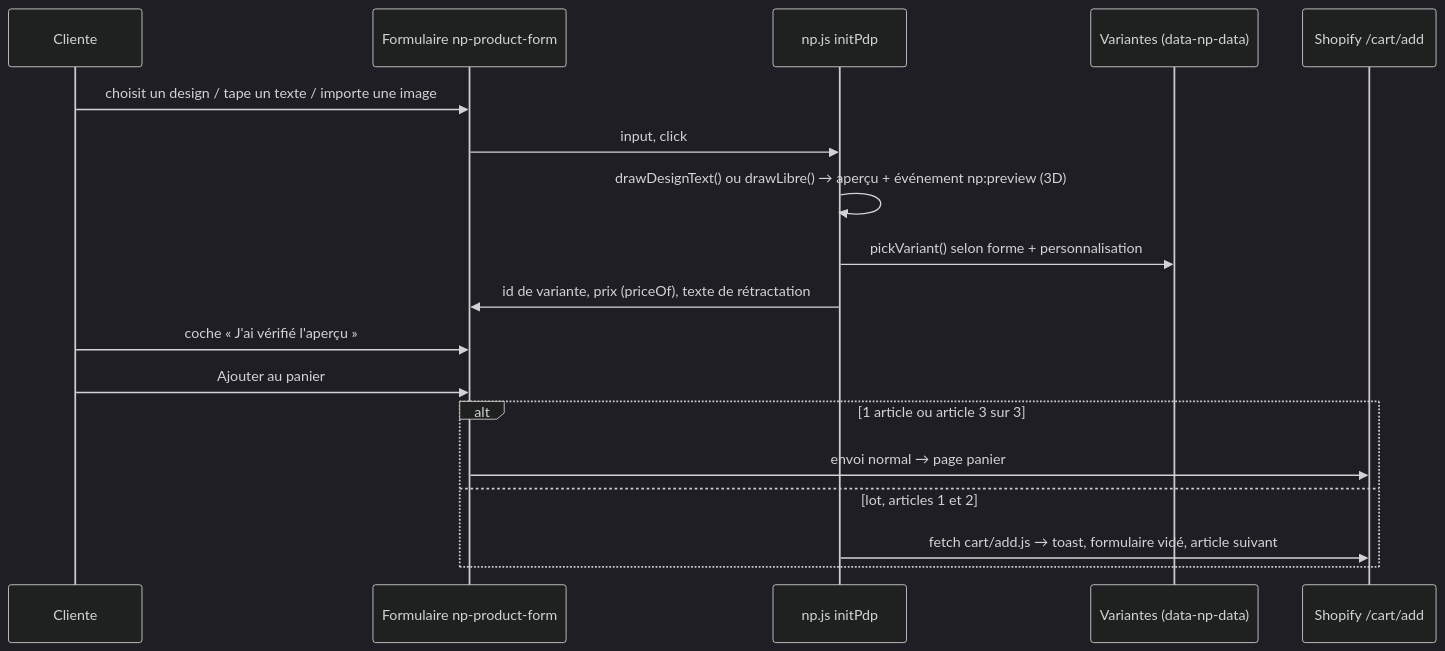
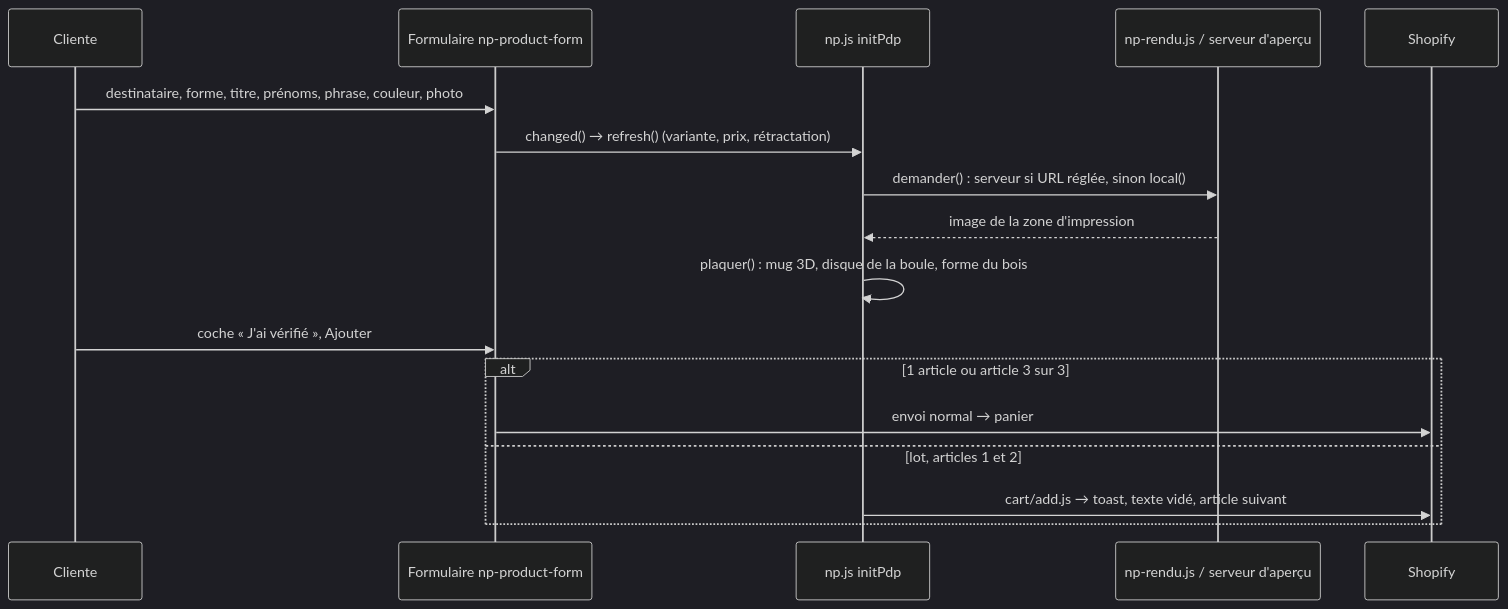
Before and after one commit to SylvainCode42A/Drop-Shipping-Agentique: the diagram in 5-boutique/2-modules/MOD - Catalogue et fiche produit.md, drawn with Mermaid (dark theme). The commit also changed other lines of this file and 3 other files, not shown here.

Commit message:
MOD Mug 3D et fiche produit à jour v8, FLOW Lots et trio, 2 lignes A VERIFIER

````diff
--- a/5-boutique/2-modules/MOD - Catalogue et fiche produit.md
+++ b/5-boutique/2-modules/MOD - Catalogue et fiche produit.md
@@ -27,20 +49,19 @@
 ```mermaid
 sequenceDiagram
     participant C as Cliente
     participant F as Formulaire np-product-form
     participant JS as np.js initPdp
-    participant V as Variantes (data-np-data)
-    participant S as Shopify /cart/add
-    C->>F: choisit un design / tape un texte / importe une image
-    F->>JS: input, click
-    JS->>JS: drawDesignText() ou drawLibre() → aperçu + événement np:preview (3D)
-    JS->>V: pickVariant() selon forme + personnalisation
-    JS->>F: id de variante, prix (priceOf), texte de rétractation
-    C->>F: coche « J'ai vérifié l'aperçu »
-    C->>F: Ajouter au panier
+    participant R as np-rendu.js / serveur d'aperçu
+    participant S as Shopify
+    C->>F: destinataire, forme, titre, prénoms, phrase, couleur, photo
+    F->>JS: changed() → refresh() (variante, prix, rétractation)
+    JS->>R: demander() : serveur si URL réglée, sinon local()
+    R-->>JS: image de la zone d'impression
+    JS->>JS: plaquer() : mug 3D, disque de la boule, forme du bois
+    C->>F: coche « J'ai vérifié », Ajouter
     alt 1 article ou article 3 sur 3
-        F->>S: envoi normal → page panier
+        F->>S: envoi normal → panier
     else lot, articles 1 et 2
-        JS->>S: fetch cart/add.js → toast, formulaire vidé, article suivant
+        JS->>S: cart/add.js → toast, texte vidé, article suivant
     end
 ```
````
